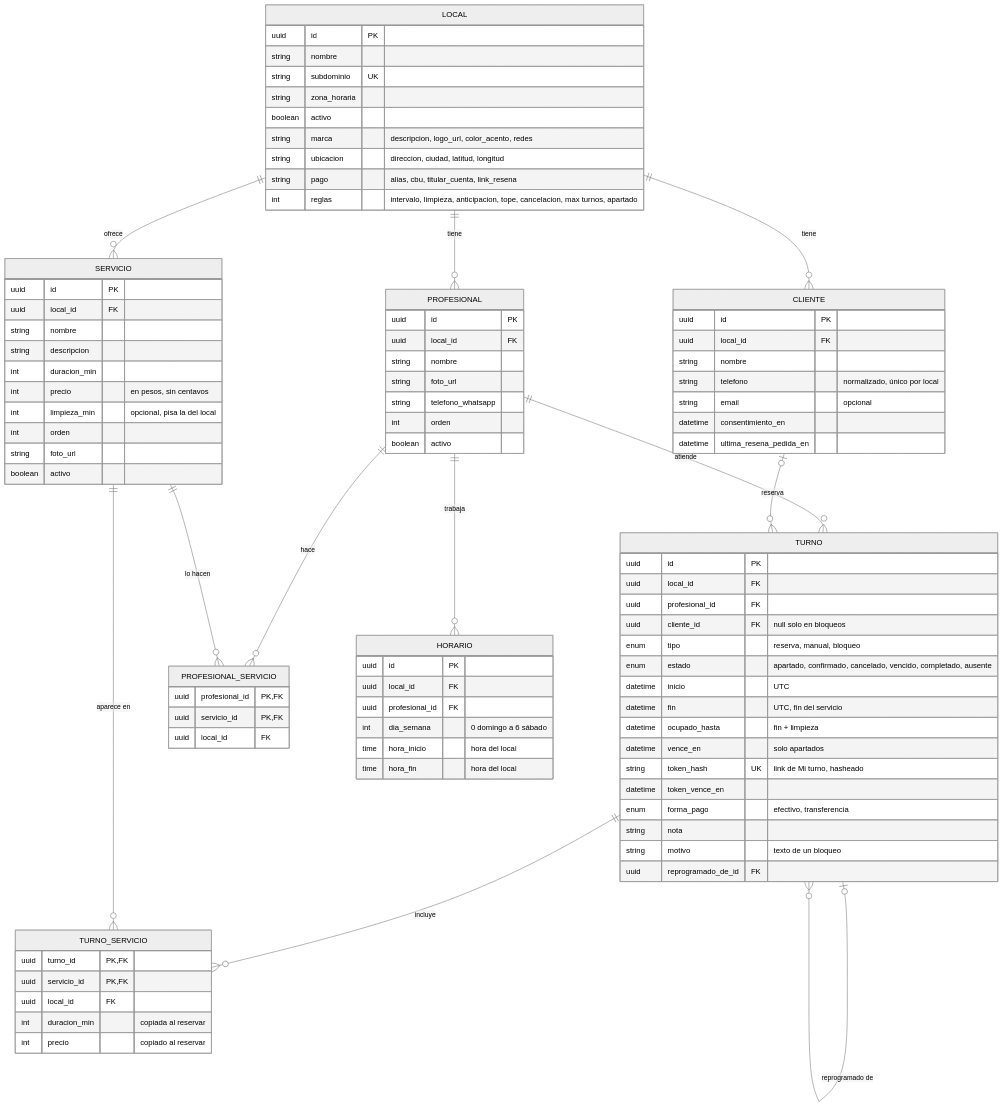
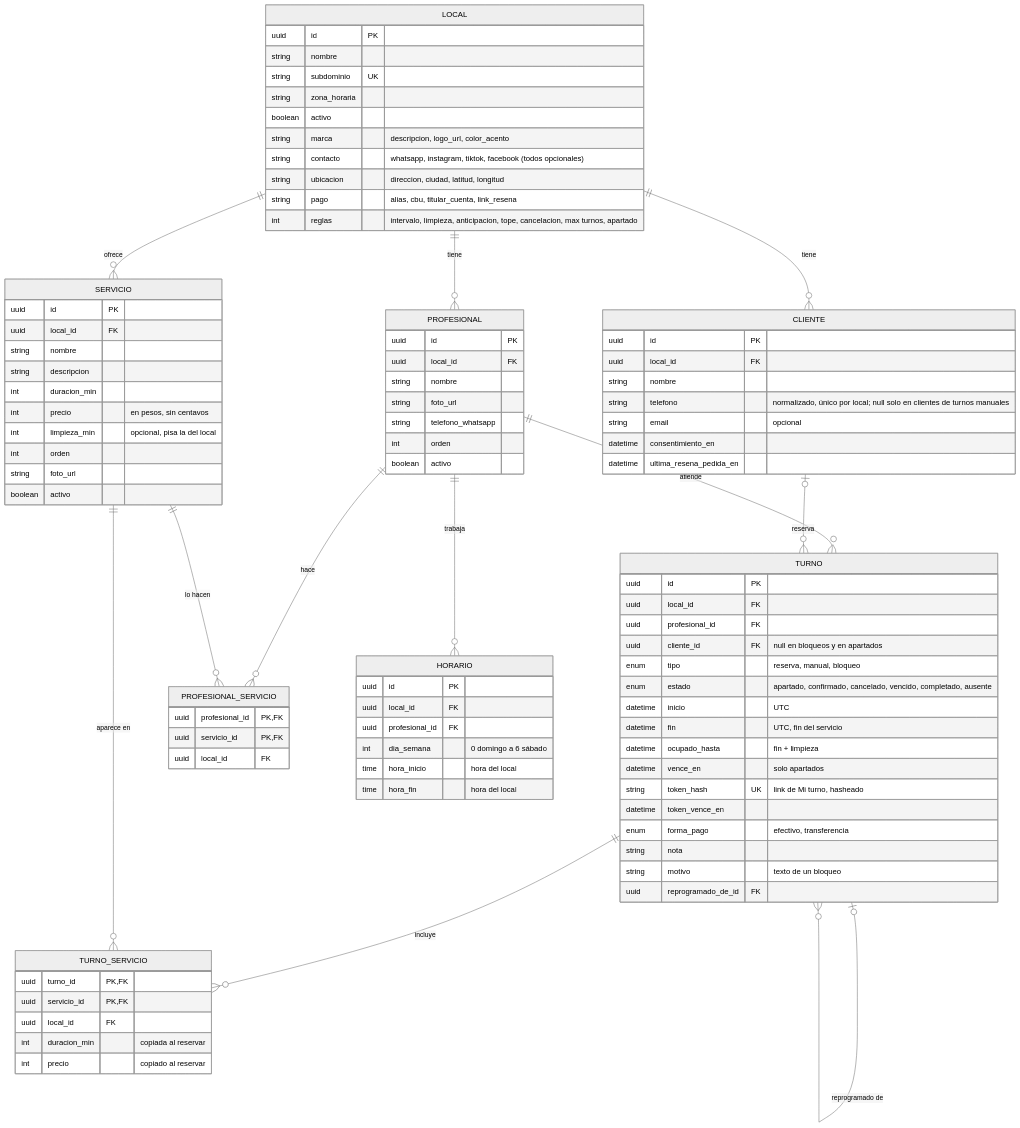
One commit to gastonpaniagua/slotly-java changed the diagram in docs/03-modelo-de-datos.md. Above: the diagram before and after it, drawn with Mermaid (neutral theme). The commit also changed other lines of this file and 1 other file, not shown here.

Commit message:
docs(etapa-1): cierra la Etapa 0 en doc 00 y resuelve los huecos del modelo en doc 03

```diff
--- a/docs/03-modelo-de-datos.md
+++ b/docs/03-modelo-de-datos.md
@@ -21,7 +21,8 @@
         string subdominio UK
         string zona_horaria
         boolean activo
-        string marca "descripcion, logo_url, color_acento, redes"
+        string marca "descripcion, logo_url, color_acento"
+        string contacto "whatsapp, instagram, tiktok, facebook (todos opcionales)"
         string ubicacion "direccion, ciudad, latitud, longitud"
         string pago "alias, cbu, titular_cuenta, link_resena"
         int reglas "intervalo, limpieza, anticipacion, tope, cancelacion, max turnos, apartado"
@@ -51,7 +52,7 @@
         uuid id PK
         uuid local_id FK
         string nombre
-        string telefono "normalizado, único por local"
+        string telefono "normalizado, único por local; null solo en clientes de turnos manuales"
         string email "opcional"
         datetime consentimiento_en
         datetime ultima_resena_pedida_en
@@ -60,7 +61,7 @@
         uuid id PK
         uuid local_id FK
         uuid profesional_id FK
-        uuid cliente_id FK "null solo en bloqueos"
+        uuid cliente_id FK "null en bloqueos y en apartados"
         enum tipo "reserva, manual, bloqueo"
         enum estado "apartado, confirmado, cancelado, vencido, completado, ausente"
         datetime inicio "UTC"
```
